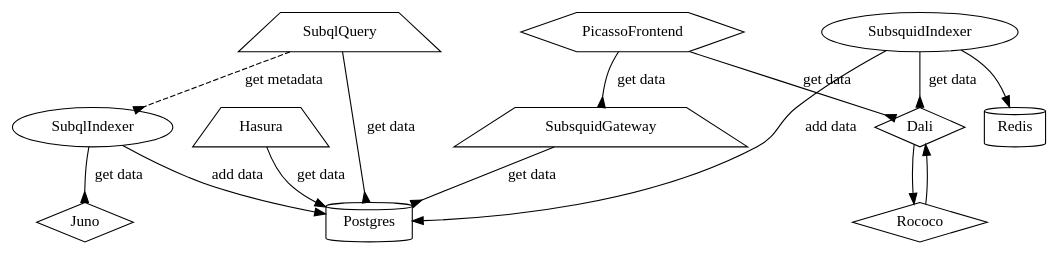
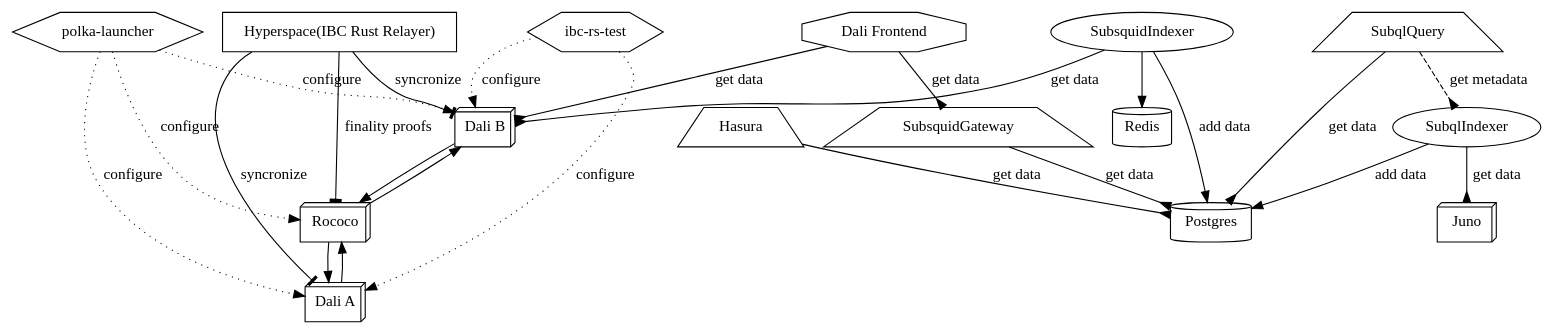
The diagram in .nix/arion-xcvm.dot (ComposableFi/composable), drawn with Graphviz before and after one commit. The commit also changed 728 other files, not shown here.

```diff
--- a/.nix/arion-xcvm.dot
+++ b/.nix/arion-xcvm.dot
@@ -1,25 +1,46 @@
 digraph arion_xcvm {
-    Dali [shape = diamond]
-    Rococo [shape = diamond]
-    Juno [shape = diamond]
-    Hasura [shape = trapezium]    
-    SubqlQuery [shape = trapezium]
-    SubsquidGateway [shape = trapezium]
-    Postgres [shape = cylinder]
-    Redis [shape = cylinder]
-    PicassoFrontend [shape=hexagon]
+    graph [fontname = "Handlee"];
+    node [fontname = "Handlee"];
+    edge [fontname = "Handlee"];    
+    Dali [shape = box3d; label = "Dali B";];
+    Rococo [shape = box3d;];
+    Juno [shape = box3d;];
+    sibling [shape = box3d;label = "Dali A";];
+    Hasura [shape = trapezium;];
+    SubqlQuery [shape = trapezium;];
+    SubsquidGateway [shape = trapezium;];
+    Postgres [shape = cylinder;];
+    Redis [shape = cylinder;];
+    dali_frontend [shape = octagon;label = "Dali Frontend";];
+    hyperspace [shape = rectangle;label = "Hyperspace(IBC Rust Relayer)";];
     
-    PicassoFrontend -> Dali [label = "get data" arrowhead = inv]
-    PicassoFrontend -> SubsquidGateway [label = "get data" arrowhead = inv]
-    Hasura -> Postgres [label = "get data"]
-    SubqlIndexer -> Juno [label = "get data" arrowhead = inv]
-    SubsquidIndexer -> Redis
-    SubsquidIndexer -> Postgres [label = "add data"]
-    SubsquidIndexer -> Dali [label = "get data" arrowhead = inv]
-    SubqlIndexer -> Postgres [label = "add data"]
-    SubqlQuery -> Postgres [label = "get data" arrowhead = inv]
-    SubqlQuery -> SubqlIndexer [style = dashed label = "get metadata" arrowhead = inv]
-    SubsquidGateway -> Postgres [label = "get data" arrowhead = inv]
-    Dali -> Rococo
-    Rococo -> Dali 
+    dali_frontend -> Dali [label = "get data"; arrowhead = inv;];
+    dali_frontend -> SubsquidGateway [label = "get data"; arrowhead = inv;];
+    Hasura -> Postgres [label = "get data"; arrowhead = inv;];
+    SubqlIndexer -> Juno [label = "get data"; arrowhead = inv;];
+    SubsquidIndexer -> Redis;
+    SubsquidIndexer -> Postgres [label = "add data";];
+    SubsquidIndexer -> Dali [label = "get data"; arrowhead = inv;];
+    SubqlIndexer -> Postgres [label = "add data";];
+    SubqlQuery -> Postgres [label = "get data"; arrowhead = inv;];
+    SubqlQuery -> SubqlIndexer [style = dashed; label = "get metadata"; arrowhead = inv;];
+    SubsquidGateway -> Postgres [label = "get data"; arrowhead = inv;];
+    Dali -> Rococo;
+    Rococo -> Dali;
+    Rococo -> sibling;
+    sibling -> Rococo;
+    
+    hyperspace -> Dali [label = "syncronize"; arrowhead = tee;];
+    hyperspace -> sibling [label = "syncronize"; arrowhead = tee;];
+    hyperspace -> Rococo [label = "finality proofs"; arrowhead = tee;];
+    
+    ibc_test [shape = hexagon;label = "ibc-rs-test";];    
+    
+    ibc_test -> Dali [label = "configure"; style = dotted;];
+    ibc_test -> sibling [label = "configure"; style = dotted;];
+
+    zombient  -> Dali [label = "configure"; style = dotted;];
+    zombient  [shape = hexagon;label = "polka-launcher";];    
+    zombient -> sibling [label = "configure"; style = dotted;];
+    zombient -> Rococo [label = "configure"; style = dotted;];
 }
```
